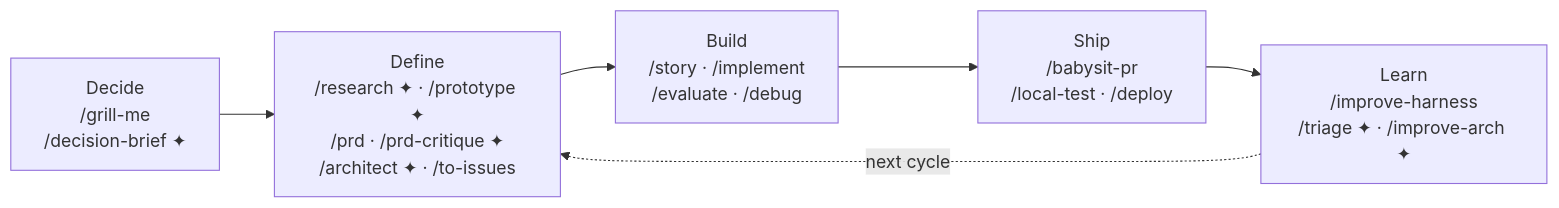
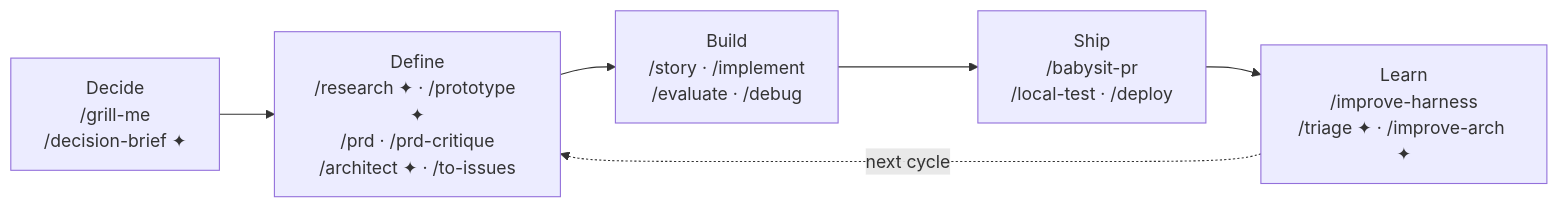
One commit to anudeeps28/claude-code-harness changed the diagram in README.md. Above: the diagram before and after it, drawn with Mermaid. The commit also changed other lines of this file and 6 other files, not shown here.

Commit message:
feat: add /prd-critique skill and /prd dual-mode output (T2.1, T2.5)

````diff
--- a/README.md
+++ b/README.md
@@ -68,11 +68,11 @@
 ```mermaid
 flowchart LR
     P0["Decide<br/>/grill-me<br/>/decision-brief ✦"]
-    P1["Define<br/>/research ✦ · /prototype ✦<br/>/prd · /prd-critique ✦<br/>/architect ✦ · /to-issues"]
+    P1["Define<br/>/research ✦ · /prototype ✦<br/>/prd · /prd-critique<br/>/architect ✦ · /to-issues"]
     P2["Build<br/>/story · /implement<br/>/evaluate · /debug"]
     P3["Ship<br/>/babysit-pr<br/>/local-test · /deploy"]
     P4["Learn<br/>/improve-harness<br/>/triage ✦ · /improve-arch ✦"]
 
     P0 --> P1 --> P2 --> P3 --> P4
     P4 -.->|"next cycle"| P1
 ```
````
